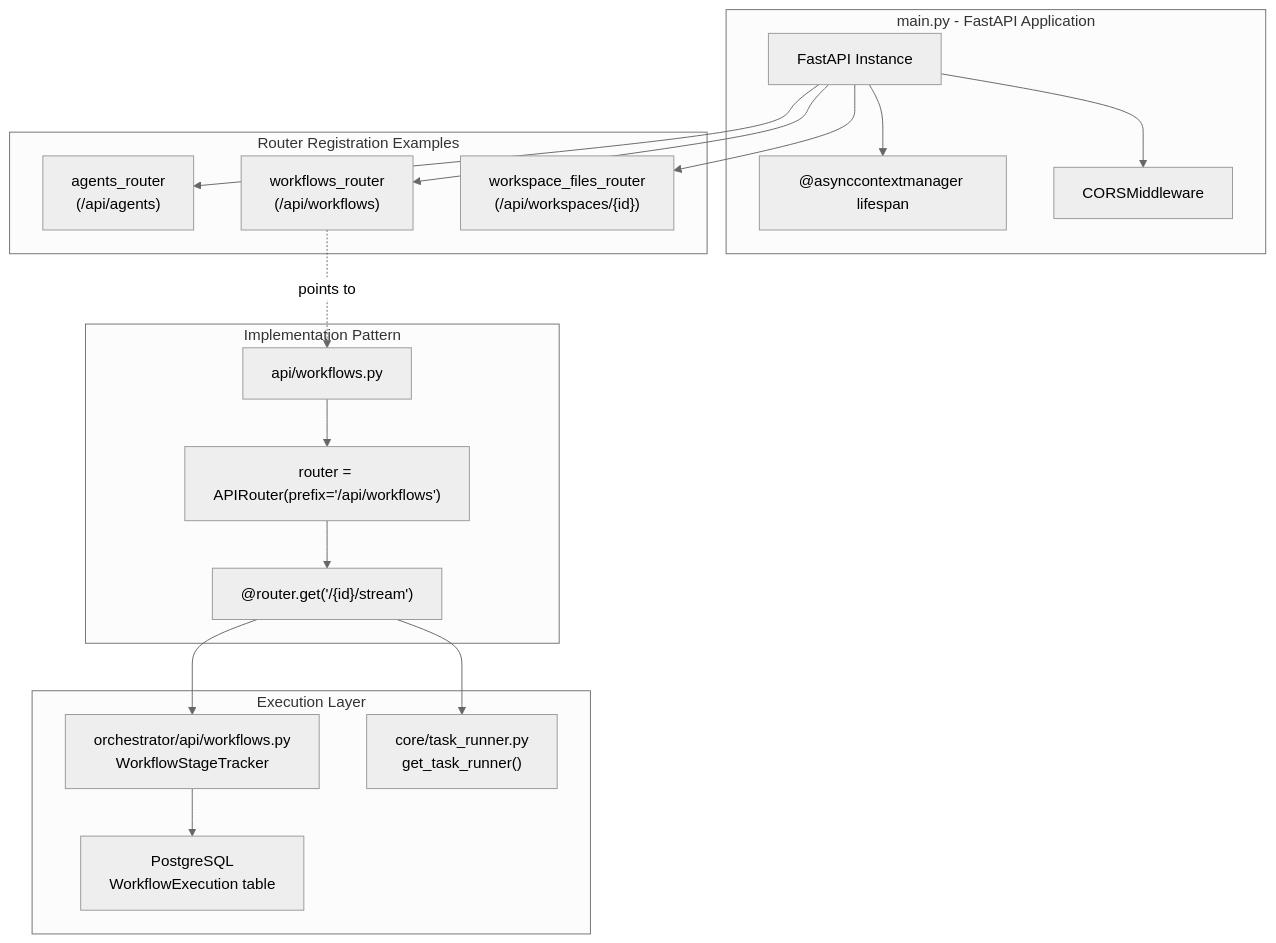
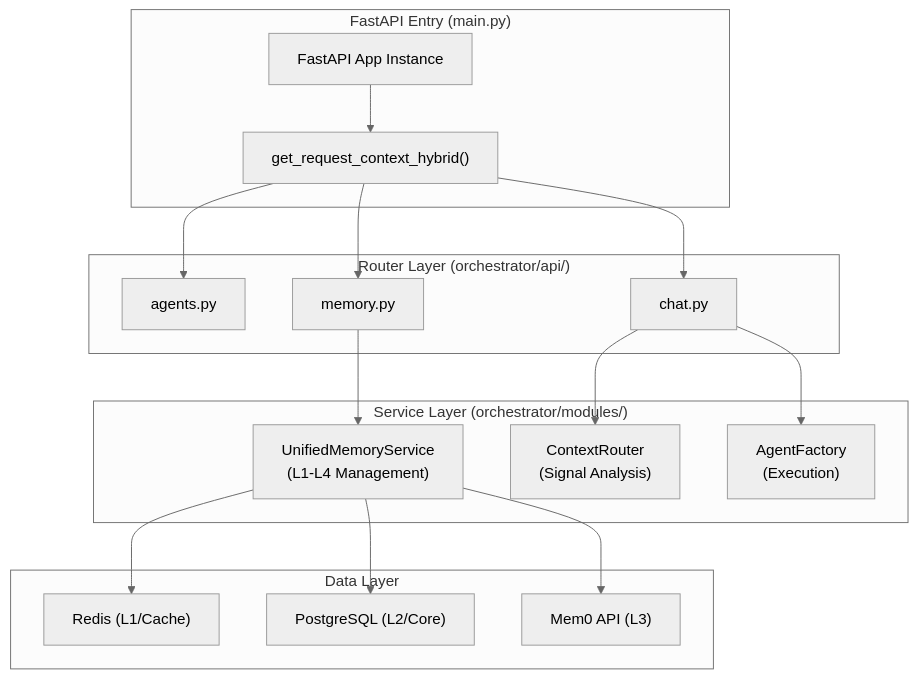
The first of 2 diagrams in docs/backend-architecture/api-router-organization.md (AutomatosAI/automatos-ai), drawn with Mermaid (neutral theme) before and after one commit. The commit also changed other lines of this file and 153 other files, not shown here.

````diff
--- a/docs/backend-architecture/api-router-organization.md
+++ b/docs/backend-architecture/api-router-organization.md
@@ -70,38 +57,38 @@
 ```mermaid
 graph TB
-    subgraph "main.py - FastAPI Application"
-        App["FastAPI Instance"]
-        Lifespan["@asynccontextmanager lifespan"]
-        CORS["CORSMiddleware"]
-        
-        App --> Lifespan
-        App --> CORS
+    subgraph "FastAPI Entry (main.py)"
+        App["FastAPI App Instance"]
+        HybridAuth["get_request_context_hybrid()"]
     end
     
-    subgraph "Router Registration Examples"
-        App --> AgentsRouter["agents_router<br/>(/api/agents)"]
-        App --> WorkflowsRouter["workflows_router<br/>(/api/workflows)"]
-        App --> WorkspaceRouter["workspace_files_router<br/>(/api/workspaces/{id})"]
+    subgraph "Router Layer (orchestrator/api/)"
+        AgentsRouter["agents.py"]
+        MemoryRouter["memory.py"]
+        ChatRouter["chat.py"]
     end
     
-    subgraph "Implementation Pattern"
-        WorkflowsAPI["api/workflows.py"]
-        WorkflowDef["router = APIRouter(prefix='/api/workflows')"]
-        WorkflowHandler["@router.get('/{id}/stream')"]
-        
-        WorkflowsAPI --> WorkflowDef
-        WorkflowDef --> WorkflowHandler
+    subgraph "Service Layer (orchestrator/modules/)"
+        UMS["UnifiedMemoryService<br/>(L1-L4 Management)"]
+        CR["ContextRouter<br/>(Signal Analysis)"]
+        AF["AgentFactory<br/>(Execution)"]
+    end
+
+    App --> HybridAuth
+    HybridAuth --> AgentsRouter
+    HybridAuth --> MemoryRouter
+    HybridAuth --> ChatRouter
+    
+    MemoryRouter --> UMS
+    ChatRouter --> CR
+    ChatRouter --> AF
+    
+    subgraph "Data Layer"
+        Redis["Redis (L1/Cache)"]
+        Postgres["PostgreSQL (L2/Core)"]
+        Mem0["Mem0 API (L3)"]
     end
     
-    WorkflowsRouter -.->|"points to"| WorkflowsAPI
-    
-    subgraph "Execution Layer"
-        Tracker["orchestrator/api/workflows.py<br/>WorkflowStageTracker"]
-        TaskRunner["core/task_runner.py<br/>get_task_runner()"]
-        DB["PostgreSQL<br/>WorkflowExecution table"]
-        
-        WorkflowHandler --> Tracker
-        WorkflowHandler --> TaskRunner
-        Tracker --> DB
-    end
+    UMS --> Redis
+    UMS --> Postgres
+    UMS --> Mem0
 ```
````
